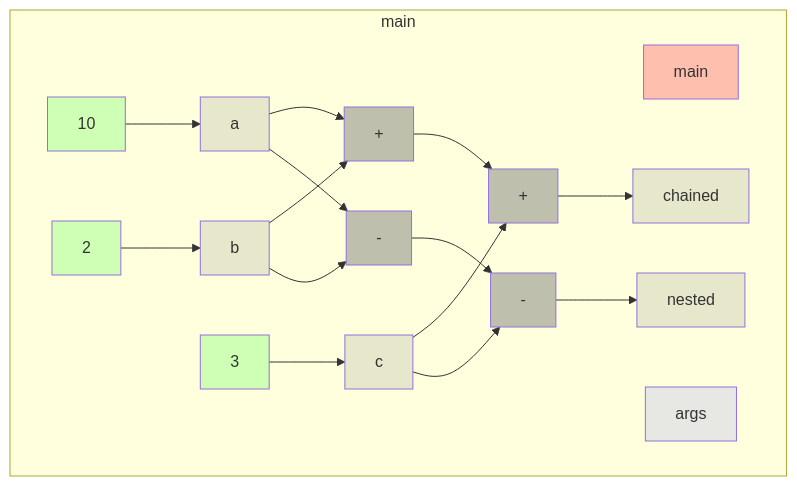
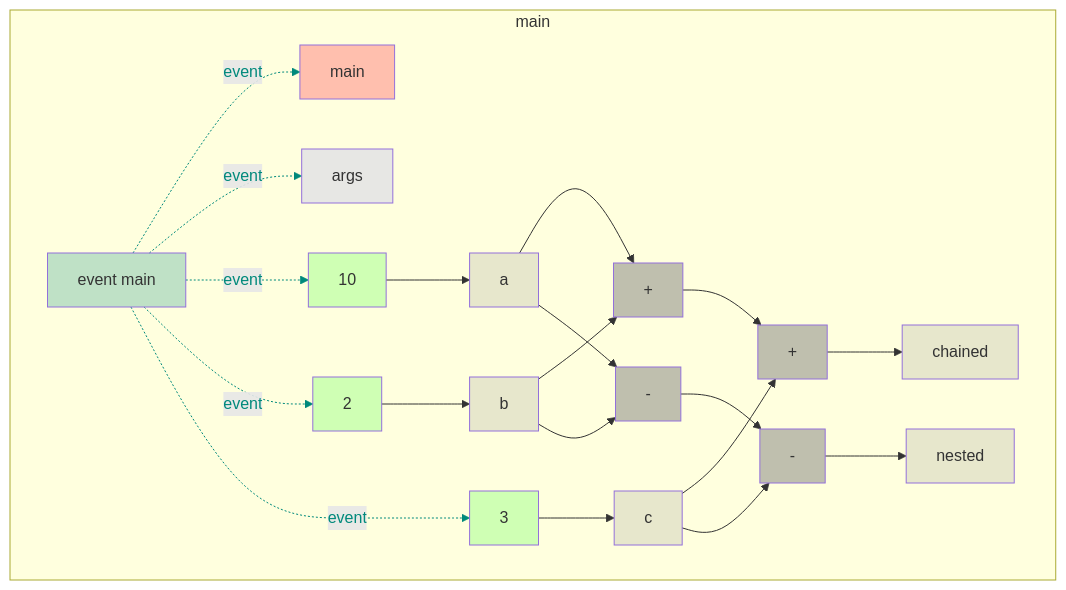
One commit to gstiebler/codeflow changed the diagram in app/src/test/resources/chainedBinOp/snapshot.md. Above: the diagram before and after it, drawn with Mermaid. The commit also changed 77 other files, not shown here.

````diff
--- a/app/src/test/resources/chainedBinOp/snapshot.md
+++ b/app/src/test/resources/chainedBinOp/snapshot.md
@@ -1,39 +1,51 @@
 ```mermaid
 flowchart TD
   subgraph b0["main"]
-    n1[main]:::RETURN
-    n2[args]:::FUNC_PARAM
-    n3[10]:::LITERAL
-    n4[a]:::VARIABLE
-    n5[2]:::LITERAL
-    n6[b]:::VARIABLE
-    n7[3]:::LITERAL
-    n8[c]:::VARIABLE
-    n9[+]:::BIN_OP
+    n1[event main]:::EVENT
+    n2[main]:::RETURN
+    n3[args]:::FUNC_PARAM
+    n4[10]:::LITERAL
+    n5[a]:::VARIABLE
+    n6[2]:::LITERAL
+    n7[b]:::VARIABLE
+    n8[3]:::LITERAL
+    n9[c]:::VARIABLE
     n10[+]:::BIN_OP
-    n11[chained]:::VARIABLE
-    n12[-]:::BIN_OP
+    n11[+]:::BIN_OP
+    n12[chained]:::VARIABLE
     n13[-]:::BIN_OP
-    n14[nested]:::VARIABLE
-    n3[10]:::LITERAL --> n4[a]:::VARIABLE
-    n4[a]:::VARIABLE --> n9[+]:::BIN_OP
-    n4[a]:::VARIABLE --> n12[-]:::BIN_OP
-    n5[2]:::LITERAL --> n6[b]:::VARIABLE
-    n6[b]:::VARIABLE --> n9[+]:::BIN_OP
-    n6[b]:::VARIABLE --> n12[-]:::BIN_OP
-    n7[3]:::LITERAL --> n8[c]:::VARIABLE
-    n8[c]:::VARIABLE --> n10[+]:::BIN_OP
-    n8[c]:::VARIABLE --> n13[-]:::BIN_OP
-    n9[+]:::BIN_OP --> n10[+]:::BIN_OP
-    n10[+]:::BIN_OP --> n11[chained]:::VARIABLE
-    n12[-]:::BIN_OP --> n13[-]:::BIN_OP
-    n13[-]:::BIN_OP --> n14[nested]:::VARIABLE
+    n14[-]:::BIN_OP
+    n15[nested]:::VARIABLE
+    n1[event main]:::EVENT -. event .-> n2[main]:::RETURN
+    n1[event main]:::EVENT -. event .-> n3[args]:::FUNC_PARAM
+    n1[event main]:::EVENT -. event .-> n4[10]:::LITERAL
+    n1[event main]:::EVENT -. event .-> n6[2]:::LITERAL
+    n1[event main]:::EVENT -. event .-> n8[3]:::LITERAL
+    n4[10]:::LITERAL --> n5[a]:::VARIABLE
+    n5[a]:::VARIABLE --> n10[+]:::BIN_OP
+    n5[a]:::VARIABLE --> n13[-]:::BIN_OP
+    n6[2]:::LITERAL --> n7[b]:::VARIABLE
+    n7[b]:::VARIABLE --> n10[+]:::BIN_OP
+    n7[b]:::VARIABLE --> n13[-]:::BIN_OP
+    n8[3]:::LITERAL --> n9[c]:::VARIABLE
+    n9[c]:::VARIABLE --> n11[+]:::BIN_OP
+    n9[c]:::VARIABLE --> n14[-]:::BIN_OP
+    n10[+]:::BIN_OP --> n11[+]:::BIN_OP
+    n11[+]:::BIN_OP --> n12[chained]:::VARIABLE
+    n13[-]:::BIN_OP --> n14[-]:::BIN_OP
+    n14[-]:::BIN_OP --> n15[nested]:::VARIABLE
   end
+  linkStyle 0 stroke:#00897b,color:#00897b
+  linkStyle 1 stroke:#00897b,color:#00897b
+  linkStyle 2 stroke:#00897b,color:#00897b
+  linkStyle 3 stroke:#00897b,color:#00897b
+  linkStyle 4 stroke:#00897b,color:#00897b
   classDef LITERAL fill:#00FF0030
   classDef VARIABLE fill:#80808030
   classDef BIN_OP fill:#80808080
   classDef FUNC_PARAM fill:#8080FF30
   classDef RETURN fill:#FF808080
   classDef EXTERNAL fill:#FFA50040
   classDef UNMODELLED fill:#FF000030,stroke-dasharray: 4 2
+  classDef EVENT fill:#00897B40
 ```
````
